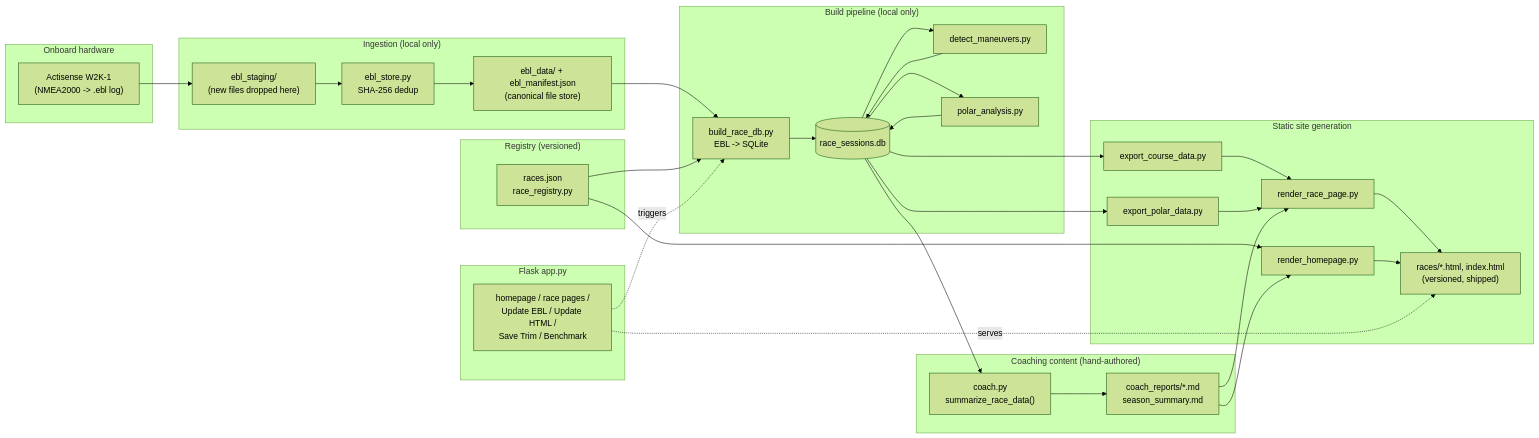
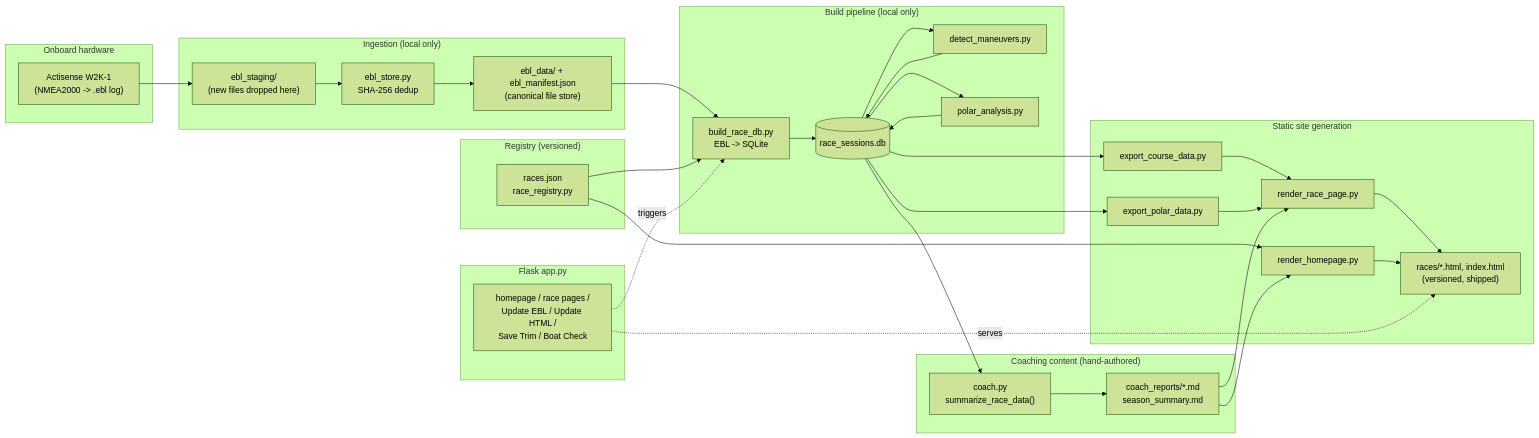
One commit to lindsaymcrory/Critical_Mass_Racing changed the diagram in ARCHITECTURE.md. Above: the diagram before and after it, drawn with Mermaid (forest theme). The commit also changed other lines of this file and 10 other files, not shown here.

First line of the commit message:
Add Boat Setup Log and Boat Check season-analysis page

````diff
--- a/ARCHITECTURE.md
+++ b/ARCHITECTURE.md
@@ -11,55 +11,55 @@
 ```mermaid
 flowchart LR
     subgraph Source["Onboard hardware"]
         W2K["Actisense W2K-1\n(NMEA2000 -> .ebl log)"]
     end
 
     subgraph Ingest["Ingestion (local only)"]
         Stage["ebl_staging/\n(new files dropped here)"]
         Store["ebl_store.py\nSHA-256 dedup"]
         Data["ebl_data/ + ebl_manifest.json\n(canonical file store)"]
     end
 
     subgraph Registry["Registry (versioned)"]
         Races["races.json\nrace_registry.py"]
     end
 
     subgraph Pipeline["Build pipeline (local only)"]
         Build["build_race_db.py\nEBL -> SQLite"]
         DB[("race_sessions.db")]
         Maneuvers["detect_maneuvers.py"]
         Polar["polar_analysis.py"]
     end
 
     subgraph Coaching["Coaching content (hand-authored)"]
         CoachPy["coach.py\nsummarize_race_data()"]
         Reports["coach_reports/*.md\nseason_summary.md"]
     end
 
     subgraph Render["Static site generation"]
         ExportC["export_course_data.py"]
         ExportP["export_polar_data.py"]
         RenderRace["render_race_page.py"]
         RenderHome["render_homepage.py"]
         Site["races/*.html, index.html\n(versioned, shipped)"]
     end
 
     subgraph App["Flask app.py"]
-        Routes["homepage / race pages /\nUpdate EBL / Update HTML /\nSave Trim / Benchmark"]
+        Routes["homepage / race pages /\nUpdate EBL / Update HTML /\nSave Trim / Boat Check"]
     end
 
     W2K --> Stage --> Store --> Data
     Data --> Build
     Races --> Build
     Build --> DB
     DB --> Maneuvers --> DB
     DB --> Polar --> DB
     DB --> CoachPy --> Reports
     DB --> ExportC & ExportP
     ExportC & ExportP --> RenderRace
     Races --> RenderHome
     Reports --> RenderRace & RenderHome
     RenderRace & RenderHome --> Site
     Routes -.serves.-> Site
     Routes -.triggers.-> Build
 ```
````
